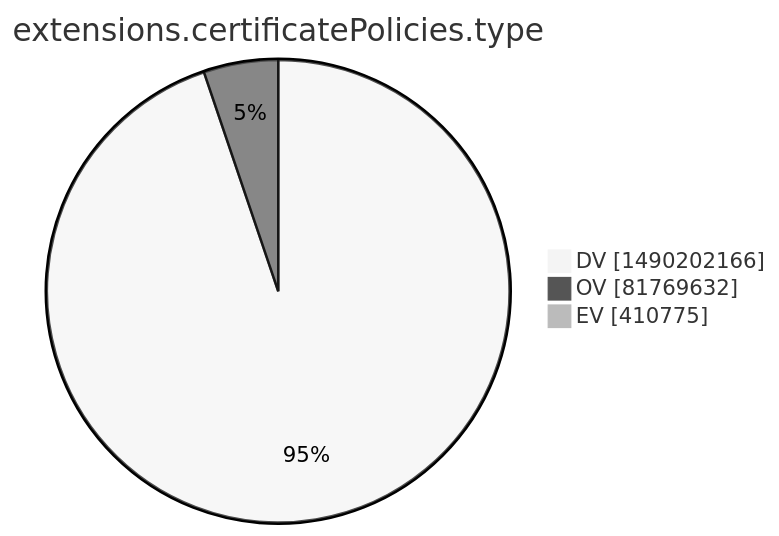
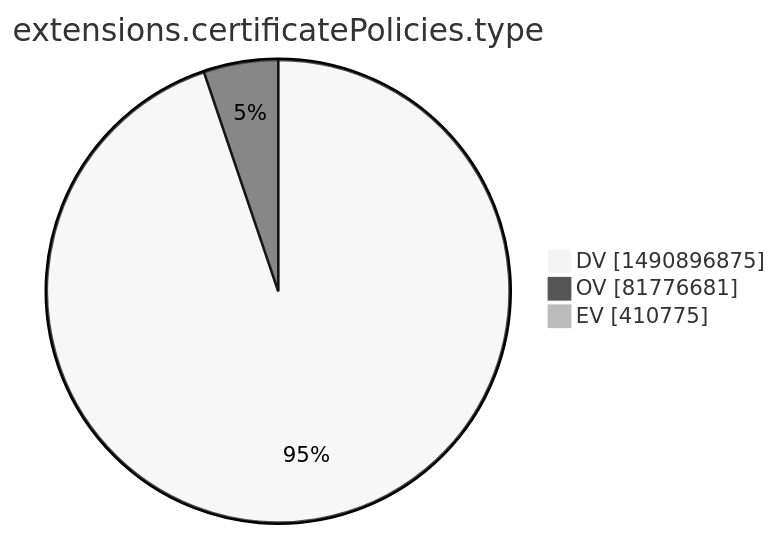
One commit to christiankrug/ctmonitor_visualization changed the tenth of 15 diagrams in xenon2022/README.md. Above: the diagram before and after it, drawn with Mermaid (neutral theme). The commit also changed other lines of this file, not shown here.

````diff
--- a/xenon2022/README.md
+++ b/xenon2022/README.md
@@ -2873,7 +2874,7 @@
 ```mermaid
 pie showData
 title extensions.certificatePolicies.type
-"DV" :1490202166
-"OV" :81769632
+"DV" :1490896875
+"OV" :81776681
 "EV" :410775
 ```
````
